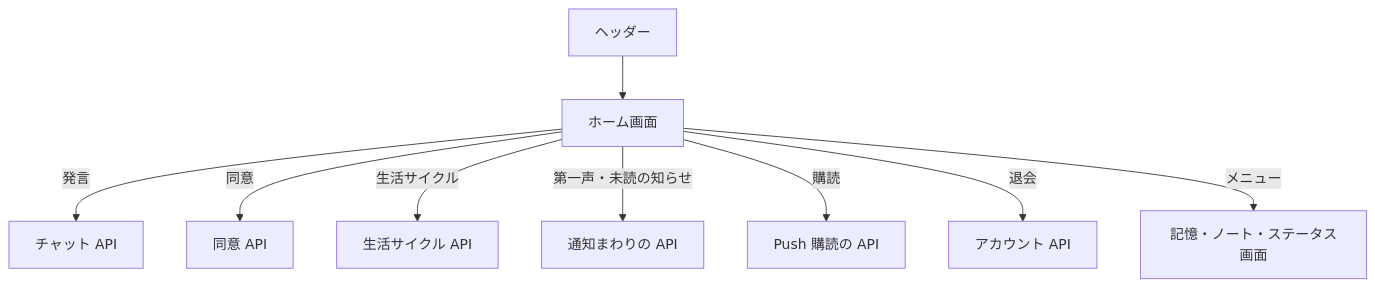
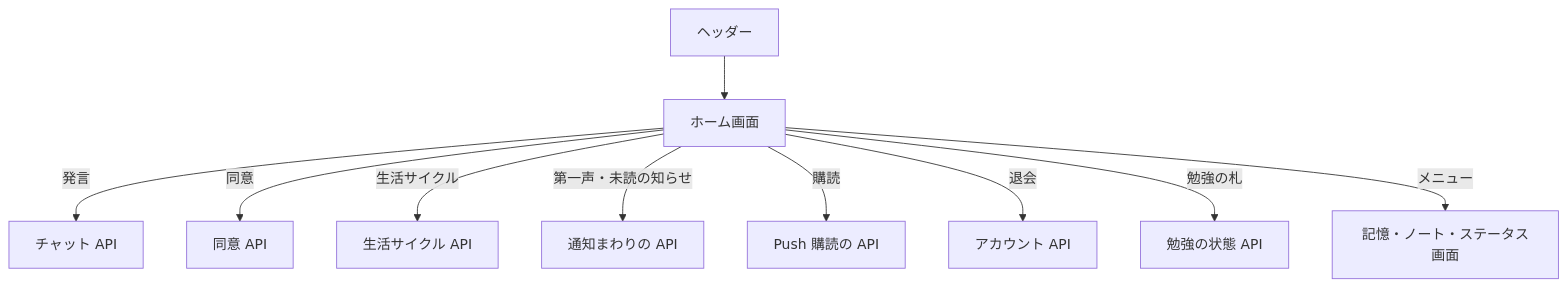
Before and after one commit to nagiyu/nagiyu-platform: the diagram in docs/specs/livetalk/screen/home.md, drawn with Mermaid. The commit also changed other lines of this file and 5 other files, not shown here.

First line of the commit message:
勉強の状態 API のカードと、ホーム画面の札の状態と画像を docs に足す

````diff
--- a/docs/specs/livetalk/screen/home.md
+++ b/docs/specs/livetalk/screen/home.md
@@ -290,11 +310,12 @@
 ```mermaid
 flowchart TD
     H[ヘッダー] --> S[ホーム画面]
     S -->|発言| A1[チャット API]
     S -->|同意| A2[同意 API]
     S -->|生活サイクル| A3[生活サイクル API]
     S -->|第一声・未読の知らせ| A4[通知まわりの API]
     S -->|購読| A5[Push 購読の API]
     S -->|退会| A6[アカウント API]
+    S -->|勉強の札| A7[勉強の状態 API]
     S -->|メニュー| P[記憶・ノート・ステータス画面]
 ```
````
